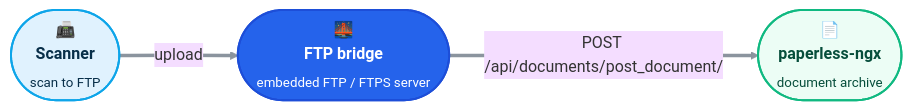
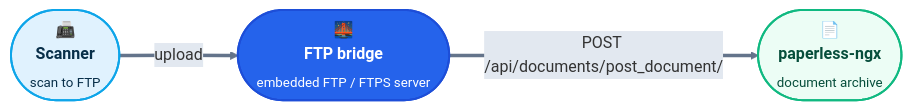
Before and after one commit to taskmedia/paperlessngx-ftp-bridge: the diagram in README.md, drawn with Mermaid.

Commit message:
docs: set neutral edge label background in readme diagram

````diff
--- a/README.md
+++ b/README.md
@@ -21,17 +21,17 @@
 ```mermaid
-%%{init: {"theme": "base", "themeVariables": {"fontFamily": "ui-sans-serif, system-ui, sans-serif", "lineColor": "#8b949e"}, "flowchart": {"curve": "basis", "nodeSpacing": 50, "rankSpacing": 70}}}%%
+%%{init: {"theme": "base", "themeVariables": {"fontFamily": "ui-sans-serif, system-ui, sans-serif", "lineColor": "#64748b", "textColor": "#0f172a", "edgeLabelBackground": "#e2e8f0"}, "flowchart": {"curve": "basis", "nodeSpacing": 50, "rankSpacing": 70}}}%%
 flowchart LR
     scanner(["📠<br/><b>Scanner</b><br/><sub>scan to FTP</sub>"])
     bridge(["🌉<br/><b>FTP bridge</b><br/><sub>embedded FTP / FTPS server</sub>"])
     paperless(["📄<br/><b>paperless-ngx</b><br/><sub>document archive</sub>"])
 
     scanner ==>|"upload"| bridge
     bridge ==>|"POST /api/documents/post_document/"| paperless
 
     classDef edge fill:#e0f2fe,stroke:#0ea5e9,stroke-width:2px,color:#082f49
     classDef core fill:#2563eb,stroke:#1d4ed8,stroke-width:2px,color:#ffffff
     classDef sink fill:#ecfdf5,stroke:#10b981,stroke-width:2px,color:#064e3b
     class scanner edge
     class bridge core
     class paperless sink
 ```
````
